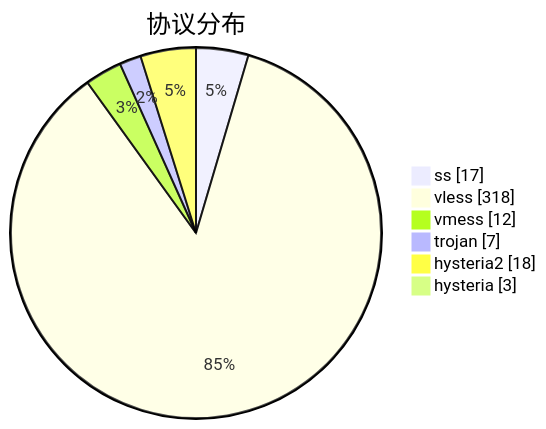
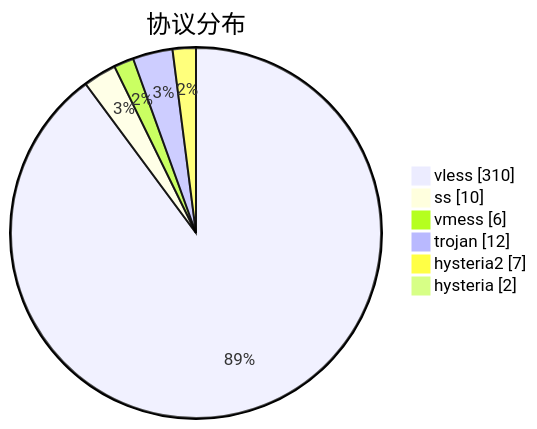
One commit to sinspired/airport changed the third of 3 diagrams in subs/statistics/tested_within.md. Above: the diagram before and after it, drawn with Mermaid. The commit also changed other lines of this file and 2 other files, not shown here.

````diff
--- a/subs/statistics/tested_within.md
+++ b/subs/statistics/tested_within.md
@@ -38,10 +38,10 @@
 ```mermaid
 pie showData
 title 协议分布
-"ss" : 17
-"vless" : 318
-"vmess" : 12
-"trojan" : 7
-"hysteria2" : 18
-"hysteria" : 3
+"vless" : 310
+"ss" : 10
+"vmess" : 6
+"trojan" : 12
+"hysteria2" : 7
+"hysteria" : 2
 ```
````
